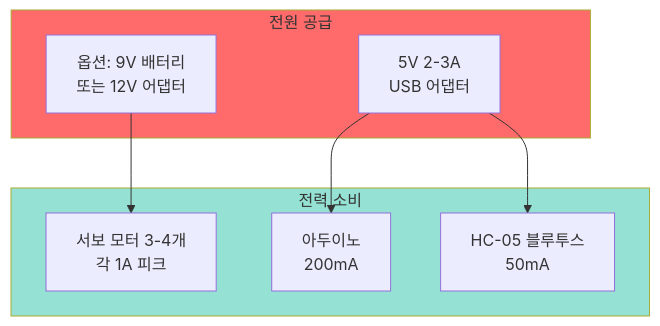
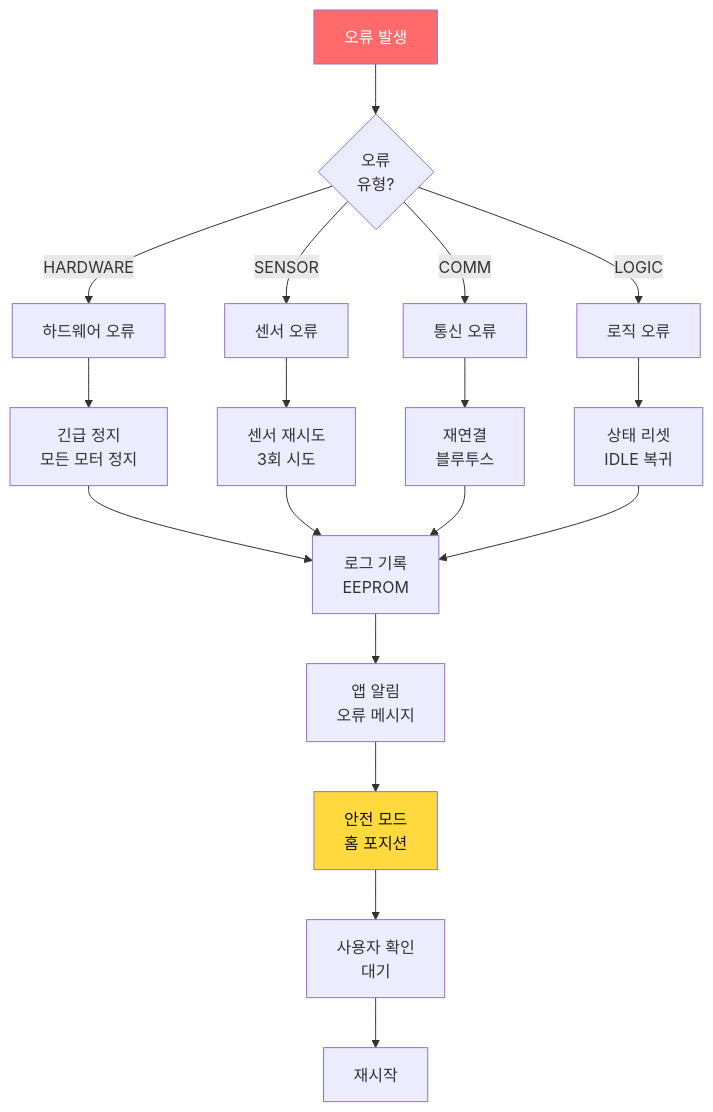
The ninth of 12 diagrams in docs/01_프로젝트_구조도.md (Collegenie-X/Smart_Factory_Arms_Project), drawn with Mermaid before and after one commit. The commit also changed other lines of this file, not shown here.

````diff
--- a/docs/01_프로젝트_구조도.md
+++ b/docs/01_프로젝트_구조도.md
@@ -401,20 +422,28 @@
 ```mermaid
-graph TD
-    subgraph 전원공급[전원 공급]
-        PS1[5V 2-3A<br/>USB 어댑터]
-        PS2[옵션: 9V 배터리<br/>또는 12V 어댑터]
-    end
+flowchart TD
+    ERROR[오류 발생] --> CLASSIFY{오류<br/>유형?}
     
-    subgraph 부하[전력 소비]
-        L1[서보 모터 3-4개<br/>각 1A 피크]
-        L2[아두이노<br/>200mA]
-        L3[HC-05 블루투스<br/>50mA]
-    end
+    CLASSIFY -->|HARDWARE| HW_ERR[하드웨어 오류]
+    CLASSIFY -->|SENSOR| SENS_ERR[센서 오류]
+    CLASSIFY -->|COMM| COMM_ERR[통신 오류]
+    CLASSIFY -->|LOGIC| LOGIC_ERR[로직 오류]
     
-    PS1 --> L2
-    PS1 --> L3
-    PS2 --> L1
+    HW_ERR --> HW_ACT[긴급 정지<br/>모든 모터 정지]
+    SENS_ERR --> SENS_ACT[센서 재시도<br/>3회 시도]
+    COMM_ERR --> COMM_ACT[재연결<br/>블루투스]
+    LOGIC_ERR --> LOGIC_ACT[상태 리셋<br/>IDLE 복귀]
     
-    style 전원공급 fill:#FF6B6B
-    style 부하 fill:#95E1D3
+    HW_ACT --> LOG[로그 기록<br/>EEPROM]
+    SENS_ACT --> LOG
+    COMM_ACT --> LOG
+    LOGIC_ACT --> LOG
+    
+    LOG --> NOTIFY[앱 알림<br/>오류 메시지]
+    NOTIFY --> SAFE[안전 모드<br/>홈 포지션]
+    
+    SAFE --> WAIT[사용자 확인<br/>대기]
+    WAIT --> RESUME[재시작]
+    
+    style ERROR fill:#FF6B6B,color:#fff
+    style SAFE fill:#FFD93D,color:#111
 ```
````
